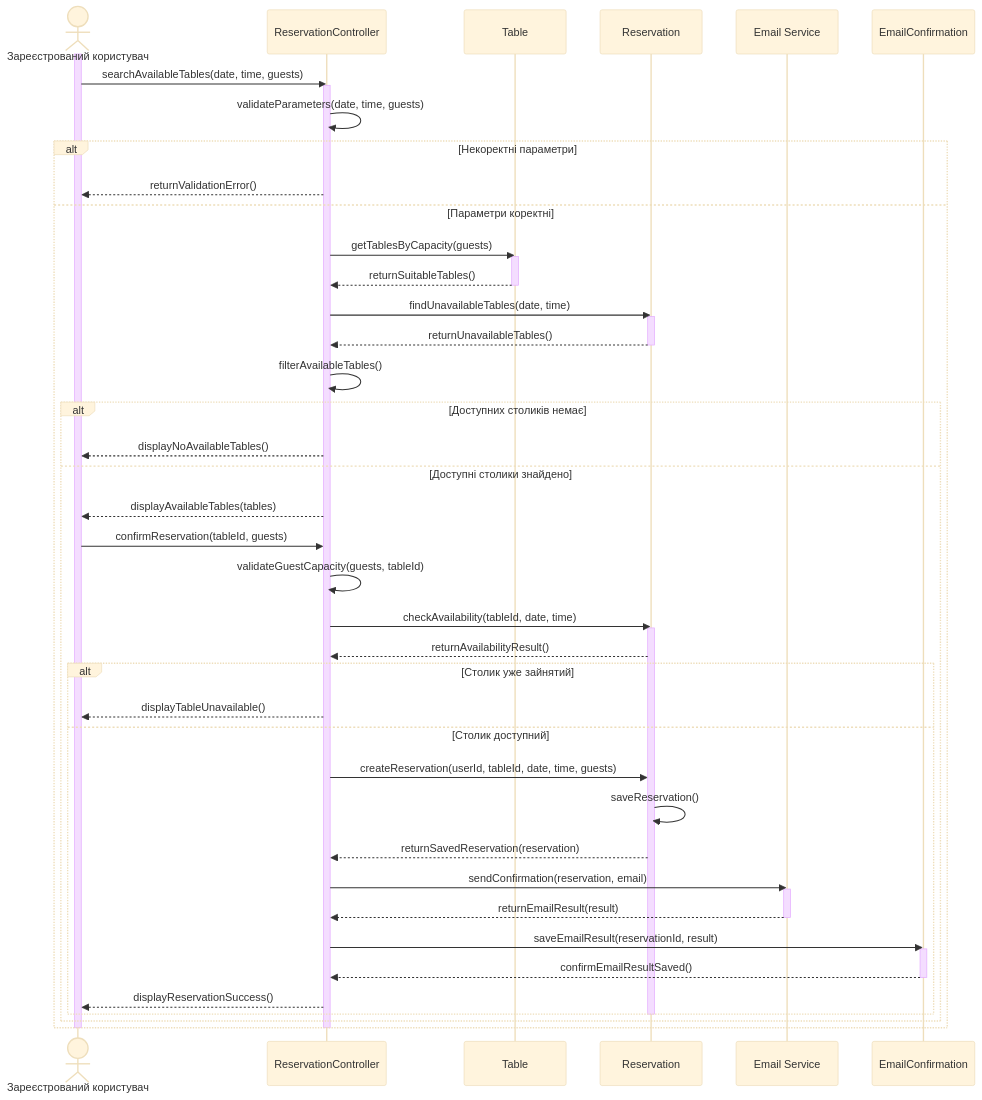
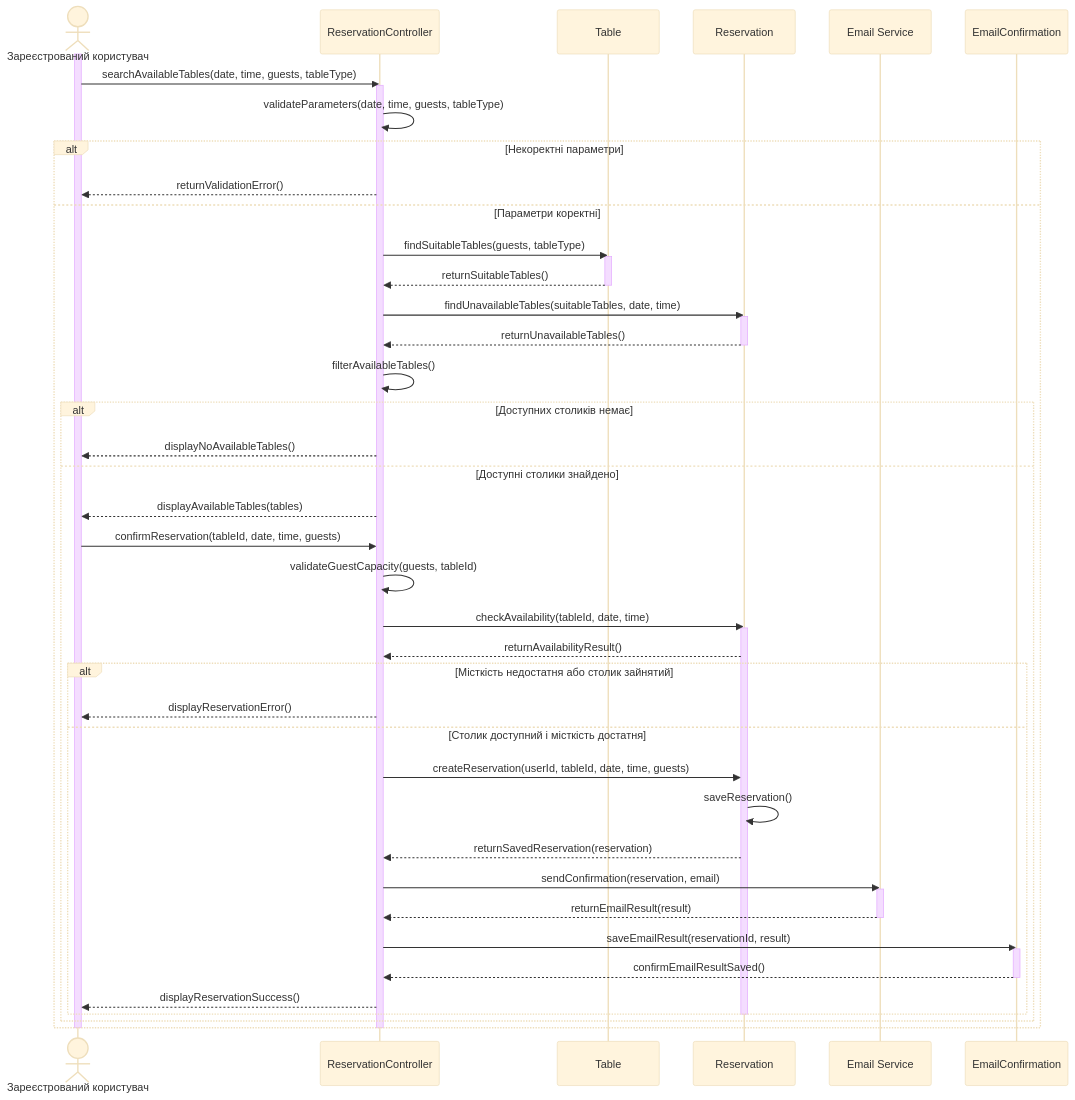
Before and after one commit to Vvvvvaleriia/Labs-KPI: the diagram in lab3/scenario-2.md, drawn with Mermaid (base theme). The commit also changed other lines of this file, not shown here.

````diff
--- a/lab3/scenario-2.md
+++ b/lab3/scenario-2.md
@@ -53,67 +38,67 @@
 ```mermaid
 sequenceDiagram
     actor User as Зареєстрований користувач
     participant RC as ReservationController
     participant T as Table
     participant R as Reservation
     participant ES as Email Service
     participant EC as EmailConfirmation
 
     activate User
-    User->>RC: searchAvailableTables(date, time, guests)
+    User->>RC: searchAvailableTables(date, time, guests, tableType)
     activate RC
 
-    RC->>RC: validateParameters(date, time, guests)
+    RC->>RC: validateParameters(date, time, guests, tableType)
 
     alt Некоректні параметри
         RC-->>User: returnValidationError()
     else Параметри коректні
-        RC->>T: getTablesByCapacity(guests)
+        RC->>T: findSuitableTables(guests, tableType)
         activate T
         T-->>RC: returnSuitableTables()
         deactivate T
 
-        RC->>R: findUnavailableTables(date, time)
+        RC->>R: findUnavailableTables(suitableTables, date, time)
         activate R
         R-->>RC: returnUnavailableTables()
         deactivate R
 
         RC->>RC: filterAvailableTables()
 
         alt Доступних столиків немає
             RC-->>User: displayNoAvailableTables()
         else Доступні столики знайдено
             RC-->>User: displayAvailableTables(tables)
-            User->>RC: confirmReservation(tableId, guests)
+            User->>RC: confirmReservation(tableId, date, time, guests)
             RC->>RC: validateGuestCapacity(guests, tableId)
 
             RC->>R: checkAvailability(tableId, date, time)
             activate R
             R-->>RC: returnAvailabilityResult()
 
-            alt Столик уже зайнятий
-                RC-->>User: displayTableUnavailable()
-            else Столик доступний
+            alt Місткість недостатня або столик зайнятий
+                RC-->>User: displayReservationError()
+            else Столик доступний і місткість достатня
                 RC->>R: createReservation(userId, tableId, date, time, guests)
                 R->>R: saveReservation()
                 R-->>RC: returnSavedReservation(reservation)
 
                 RC->>ES: sendConfirmation(reservation, email)
                 activate ES
                 ES-->>RC: returnEmailResult(result)
                 deactivate ES
 
                 RC->>EC: saveEmailResult(reservationId, result)
                 activate EC
                 EC-->>RC: confirmEmailResultSaved()
                 deactivate EC
 
                 RC-->>User: displayReservationSuccess()
             end
             deactivate R
         end
     end
 
     deactivate RC
     deactivate User
 ```
````
